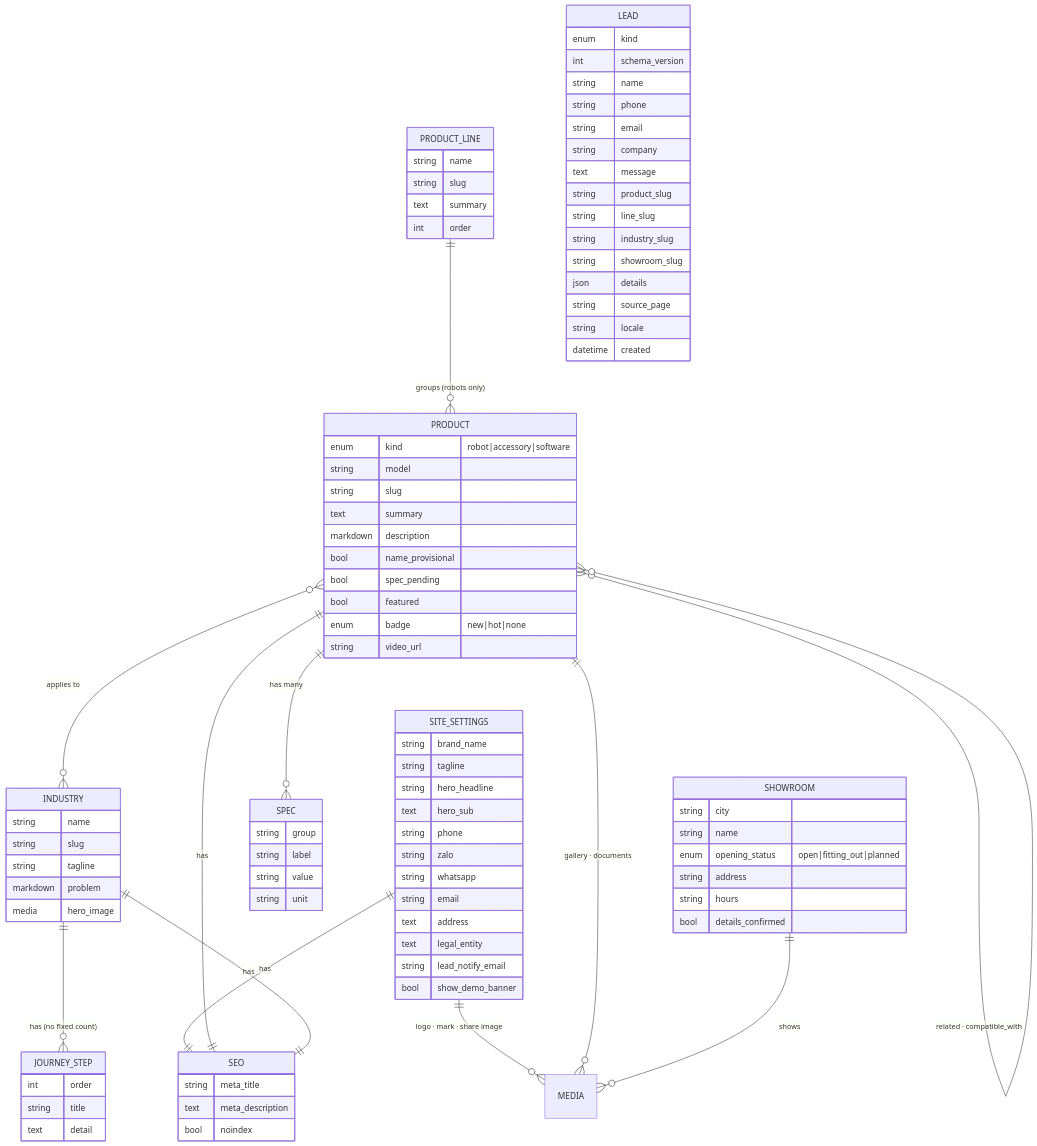
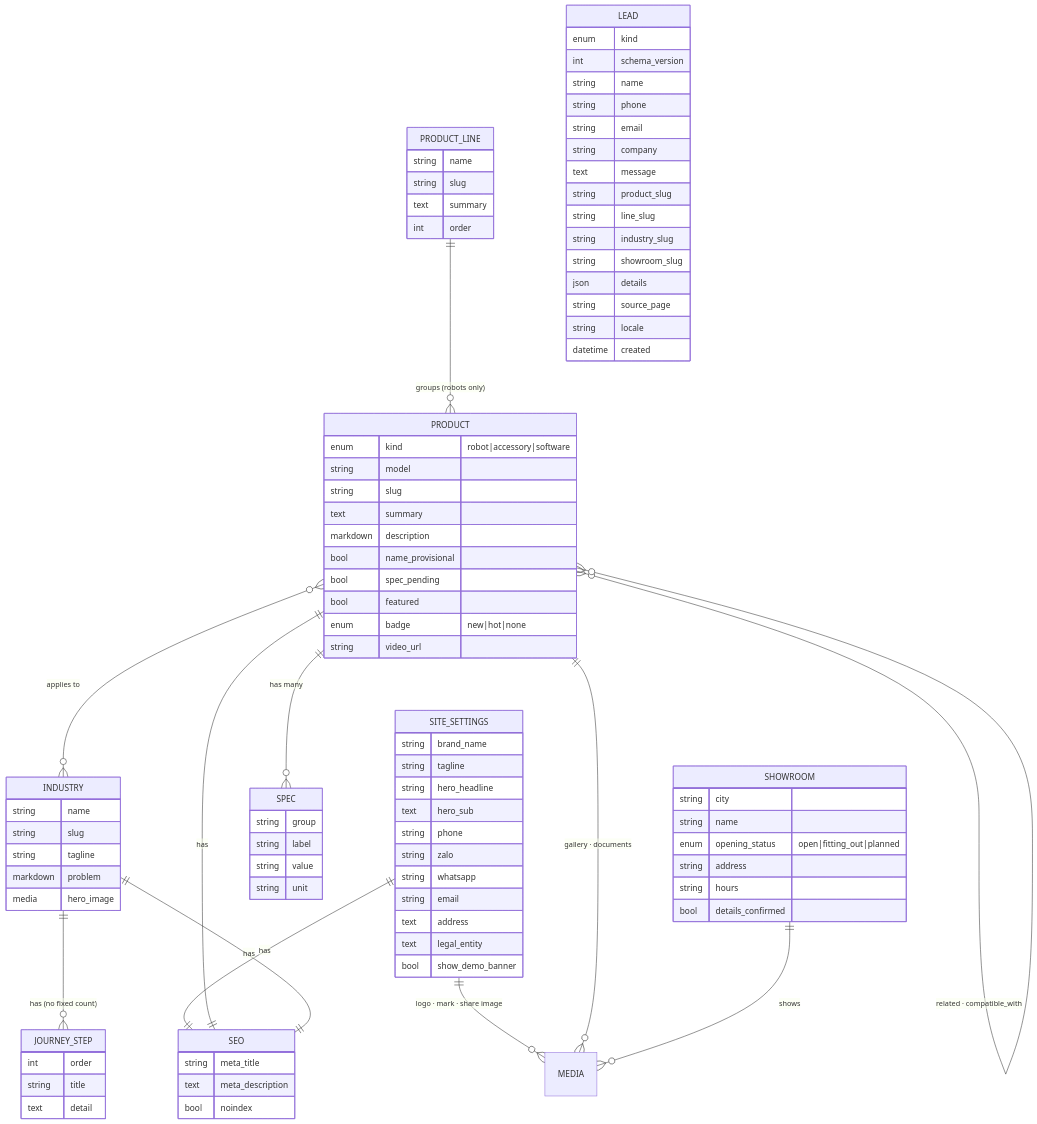
Before and after one commit to ancJ29/v-robotic: the fifth of 6 diagrams in docs/architecture.md, drawn with Mermaid. The commit also changed other lines of this file and 38 other files, not shown here.

```diff
--- a/docs/architecture.md
+++ b/docs/architecture.md
@@ -370,7 +363,6 @@
         string email
         text address
         text legal_entity
-        string lead_notify_email
         bool show_demo_banner
     }
     PRODUCT_LINE {
```
